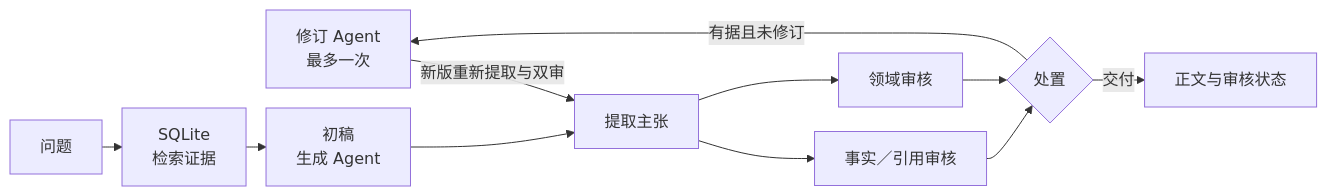
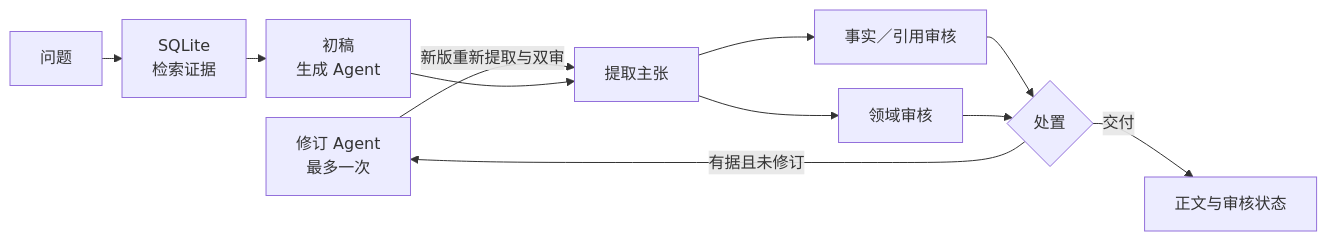
One commit to 7556481/PowerTrustAI changed the diagram in README.md. Above: the diagram before and after it, drawn with Mermaid.

Commit message:
docs: reserve a separate column for final delivery

````diff
--- a/README.md
+++ b/README.md
@@ -7,12 +7,13 @@
 ```mermaid
 %%{init: {"flowchart": {"diagramPadding": 24, "rankSpacing": 20, "nodeSpacing": 20}}}%%
 flowchart LR
     V[修订 Agent<br/>最多一次] -->|新版重新提取与双审| C[提取主张]
     Q[问题] --> E[SQLite<br/>检索证据] --> D[初稿<br/>生成 Agent] --> C
     C --> F[事实／引用审核]
     C --> R[领域审核]
     F --> J{处置}
     R --> J
     J -->|交付| O[正文与审核状态]
     J -->|有据且未修订| V
+    V ~~~ O
 ```
````
